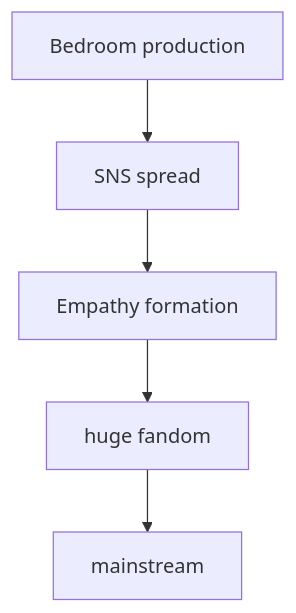
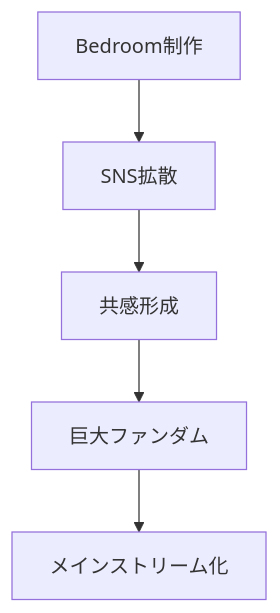
One commit to monumental-movement/monumental-movement.github.io changed the fourth of 8 diagrams in en/_posts/2026-05-24-column-bedroom-pop.md. Above: the diagram before and after it, drawn with Mermaid. The commit also changed other lines of this file and 2196 other files, not shown here.

```diff
--- a/en/_posts/2026-05-24-column-bedroom-pop.md
+++ b/en/_posts/2026-05-24-column-bedroom-pop.md
@@ -226,7 +226,7 @@
 <div class="mermaid">
 flowchart TD
-A[Bedroom production] --> B[SNS spread]
-B --> C[Empathy formation]
-C --> D[huge fandom]
-D --> E[mainstream]
+A[Bedroom制作] --> B[SNS拡散]
+B --> C[共感形成]
+C --> D[巨大ファンダム]
+D --> E[メインストリーム化]
 </div>
```
